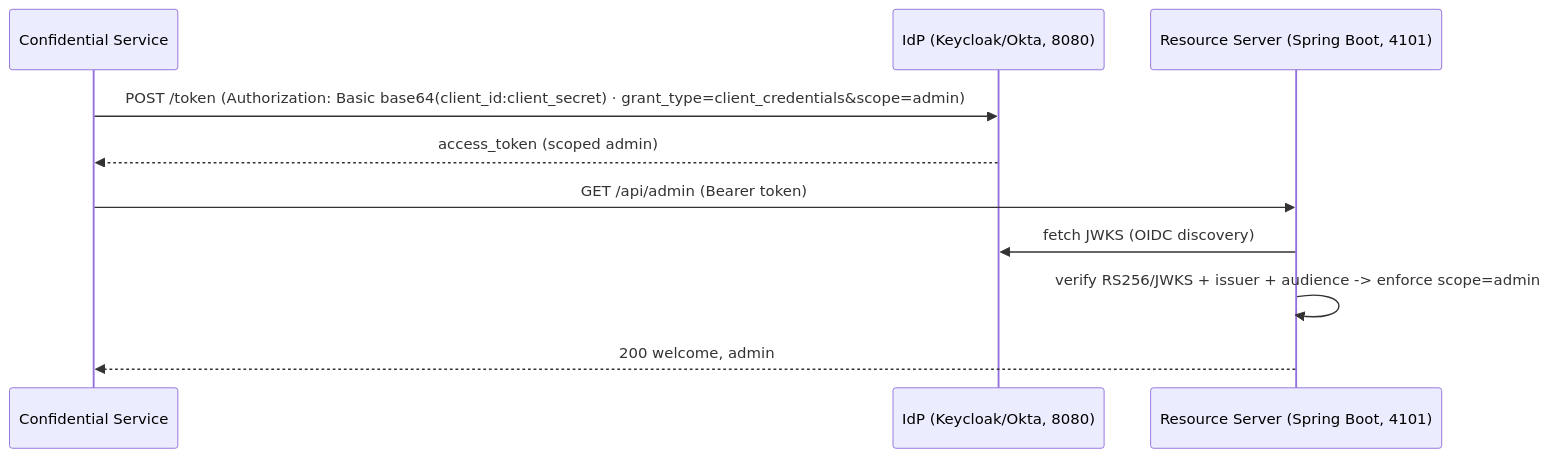
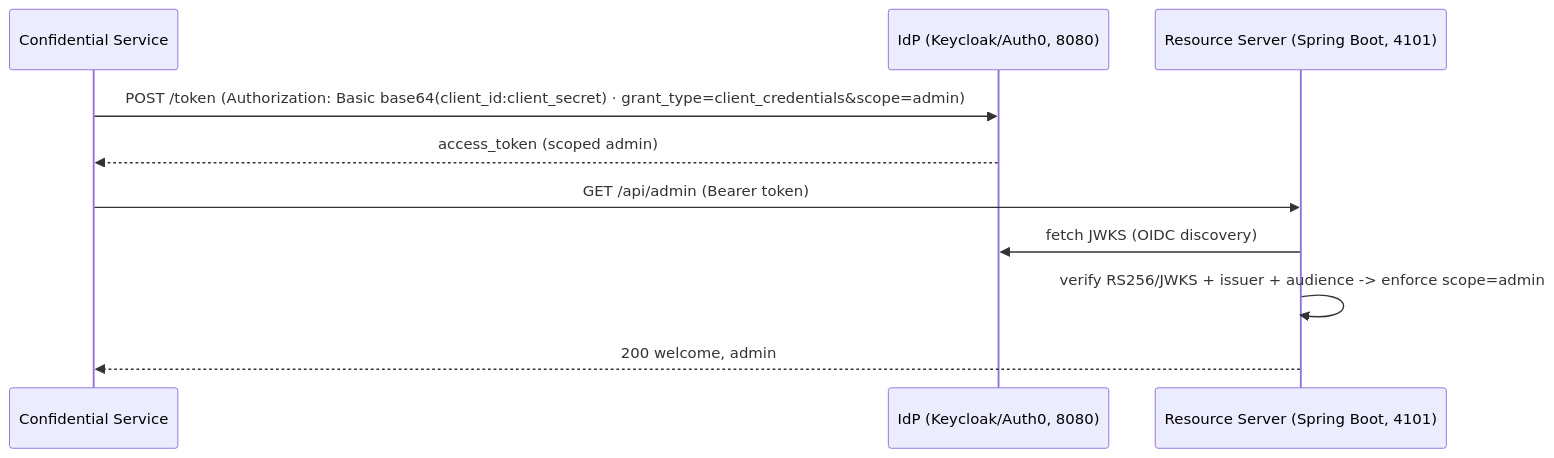
One commit to jielimanyili/ciam-prototype changed the third of 3 diagrams in docs/ARCHITECTURE.md. Above: the diagram before and after it, drawn with Mermaid. The commit also changed other lines of this file and 13 other files, not shown here.

First line of the commit message:
docs: sweep the live-demo IdP from Okta to Auth0 + ADR-021

````diff
--- a/docs/ARCHITECTURE.md
+++ b/docs/ARCHITECTURE.md
@@ -79,13 +79,13 @@
 ```mermaid
 sequenceDiagram
     participant SVC as Confidential Service
-    participant IdP as IdP (Keycloak/Okta, 8080)
+    participant IdP as IdP (Keycloak/Auth0, 8080)
     participant API as Resource Server (Spring Boot, 4101)
 
     SVC->>IdP: POST /token (Authorization: Basic base64(client_id:client_secret) · grant_type=client_credentials&scope=admin)
     IdP-->>SVC: access_token (scoped admin)
     SVC->>API: GET /api/admin (Bearer token)
     API->>IdP: fetch JWKS (OIDC discovery)
     API->>API: verify RS256/JWKS + issuer + audience -> enforce scope=admin
     API-->>SVC: 200 welcome, admin
 ```
````
